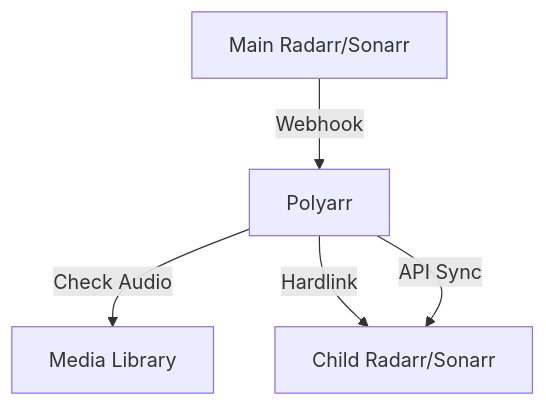
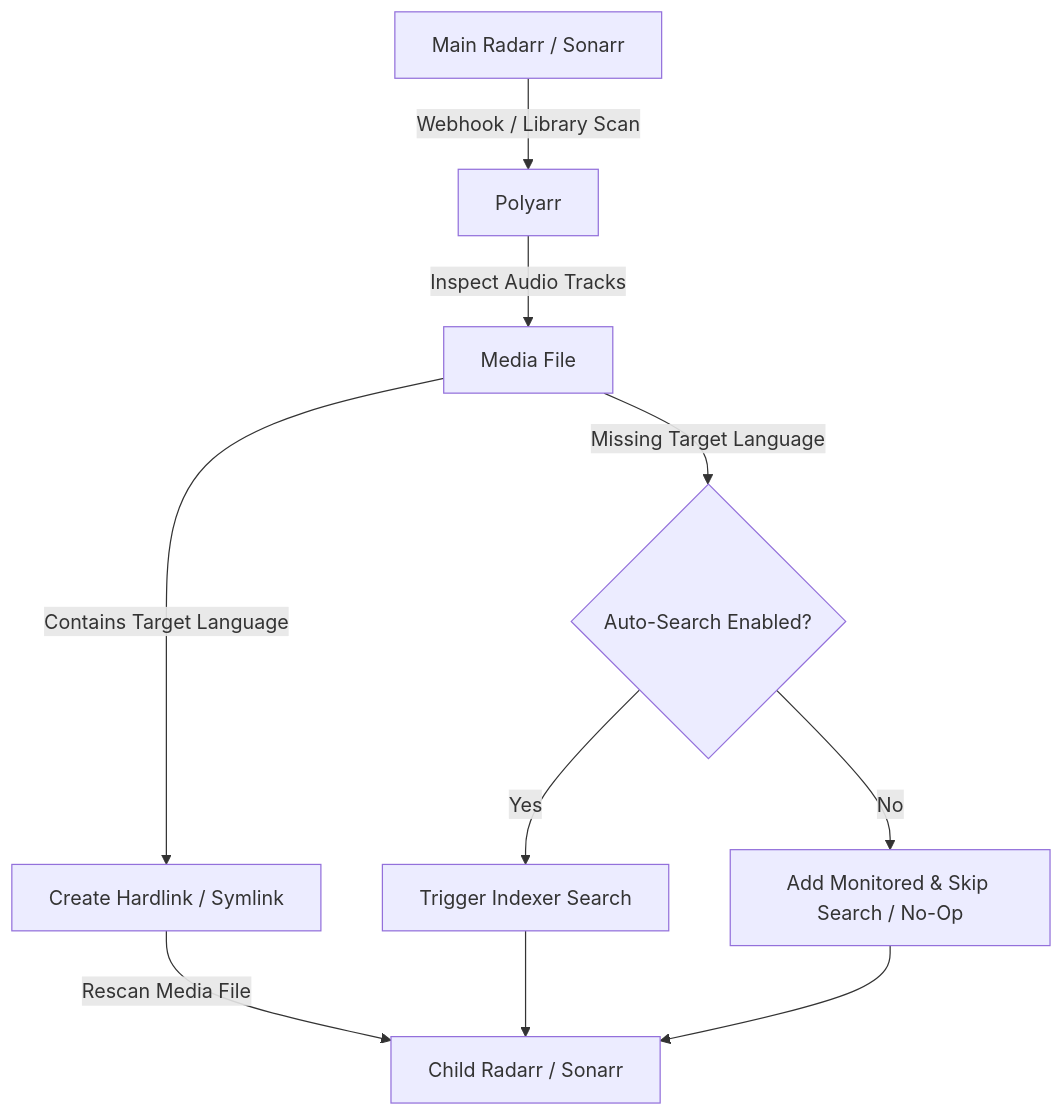
The diagram in README.md (ControlTowarr/polyarr), drawn with Mermaid before and after one commit. The commit also changed other lines of this file and 7 other files, not shown here.

Commit message:
fix(sync): clarify auto-search no-op behavior and scope season monitoring to Sonarr

````diff
--- a/README.md
+++ b/README.md
@@ -24,7 +25,12 @@
 ```mermaid
 graph TD;
-    Main[Main Radarr/Sonarr] -->|Webhook| Polyarr;
-    Polyarr -->|Check Audio| Media[Media Library];
-    Polyarr -->|Hardlink| Child[Child Radarr/Sonarr];
-    Polyarr -->|API Sync| Child;
+    Main[Main Radarr / Sonarr] -->|Webhook / Library Scan| Polyarr;
+    Polyarr -->|Inspect Audio Tracks| Media[Media File];
+    Media -->|Contains Target Language| Link[Create Hardlink / Symlink];
+    Link -->|Rescan Media File| Child[Child Radarr / Sonarr];
+    Media -->|Missing Target Language| CheckAuto{Auto-Search Enabled?};
+    CheckAuto -->|Yes| Search[Trigger Indexer Search];
+    CheckAuto -->|No| NoOp[Add Monitored & Skip Search / No-Op];
+    Search --> Child;
+    NoOp --> Child;
 ```
````
